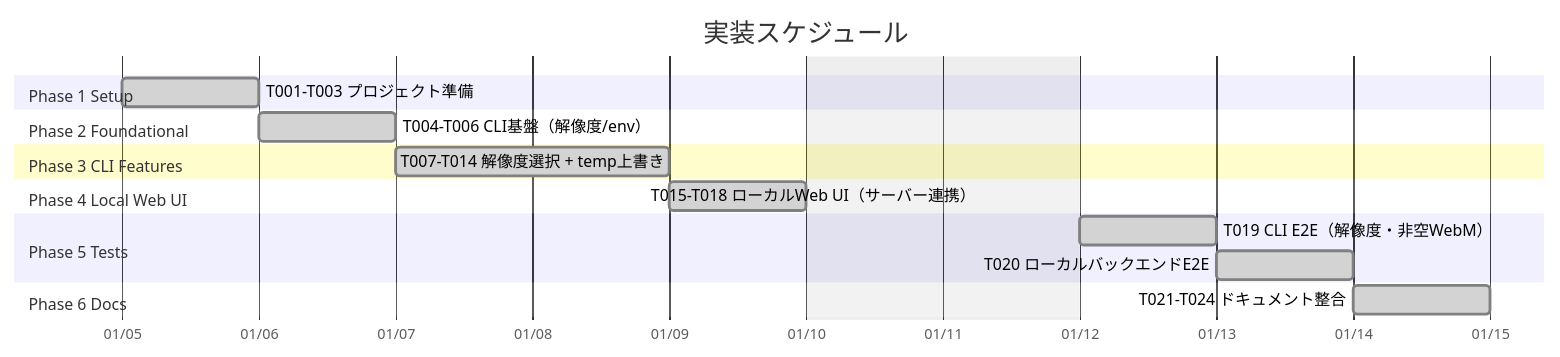
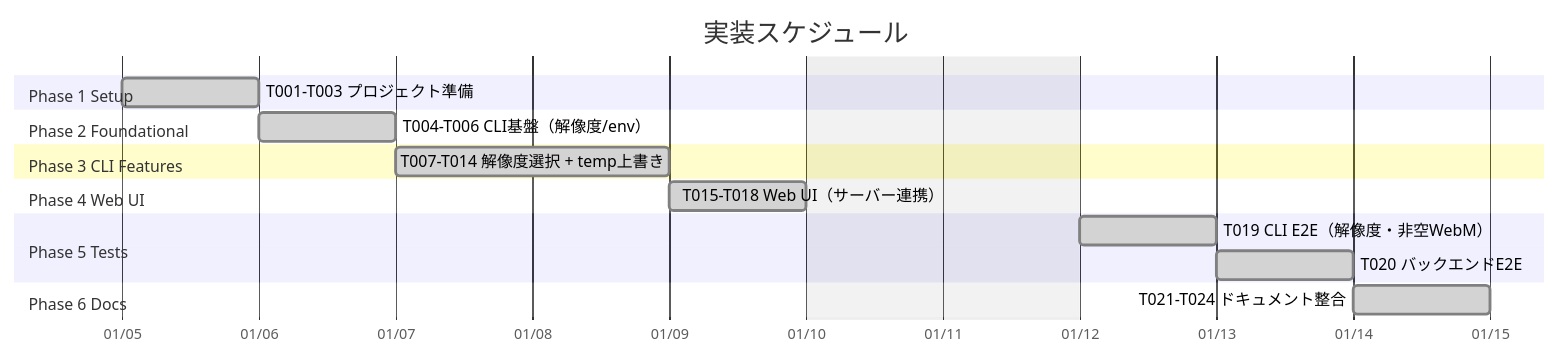
Before and after one commit to J1921604/Slide-MyVoice-Maker: the first of 2 diagrams in specs/001-Slide-Voice-Maker/tasks.md, drawn with Mermaid. The commit also changed other lines of this file and 8 other files, not shown here.

````diff
--- a/specs/001-Slide-Voice-Maker/tasks.md
+++ b/specs/001-Slide-Voice-Maker/tasks.md
@@ -18,26 +18,26 @@
 ```mermaid
 gantt
     title 実装スケジュール
     dateFormat YYYY-MM-DD
     axisFormat %m/%d
     excludes weekends, 2025-12-27, 2025-12-28, 2025-12-29, 2025-12-30, 2025-12-31, 2026-01-01, 2026-01-02, 2026-01-03, 2026-01-04
 
     section Phase 1 Setup
     T001-T003 プロジェクト準備                :done, p1, 2026-01-05, 1d
 
     section Phase 2 Foundational
     T004-T006 CLI基盤（解像度/env）            :done, p2, after p1, 1d
 
     section Phase 3 CLI Features
     T007-T014 解像度選択 + temp上書き           :done, p3, after p2, 2d
 
-    section Phase 4 Local Web UI
-    T015-T018 ローカルWeb UI（サーバー連携） :done, p4, after p3, 1d
+    section Phase 4 Web UI
+    T015-T018 Web UI（サーバー連携）            :done, p4, after p3, 1d
 
     section Phase 5 Tests
     T019 CLI E2E（解像度・非空WebM）            :done, p5, after p4, 1d
-    T020 ローカルバックエンドE2E              :done, p6, after p5, 1d
+    T020 バックエンドE2E                        :done, p6, after p5, 1d
 
     section Phase 6 Docs
     T021-T024 ドキュメント整合                  :done, p7, after p6, 1d
 ```
````
